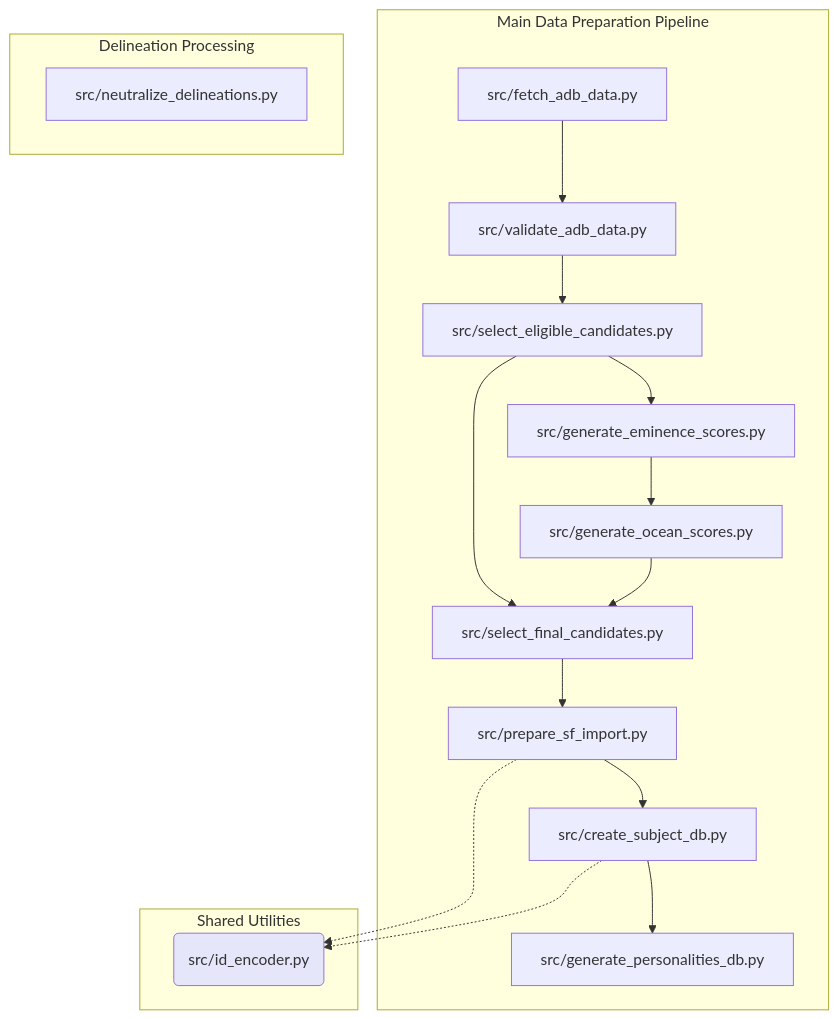
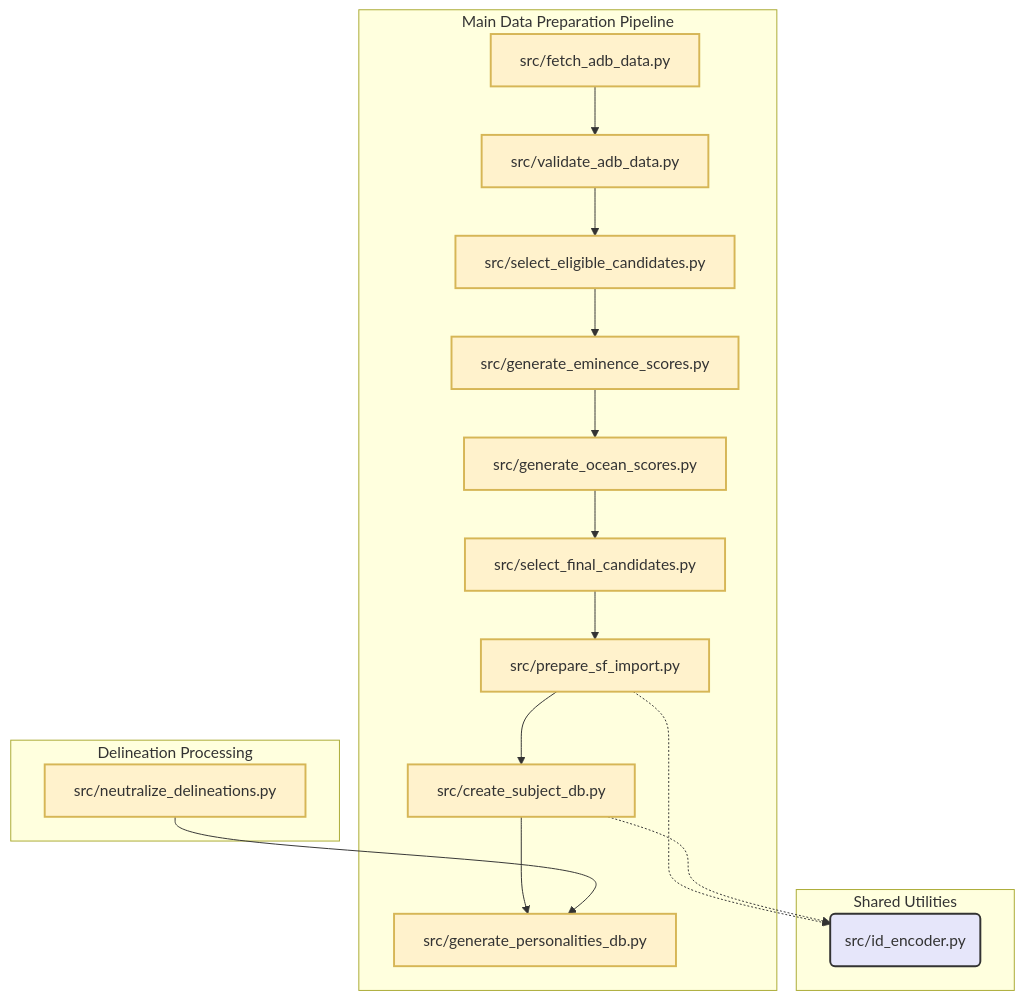
One commit to peterjmarko/llm-narrative-framework changed the diagram in docs/diagrams/arch_prep_codebase.mmd. Above: the diagram before and after it, drawn with Mermaid. The commit also changed 19 other files, not shown here.

```diff
--- a/docs/diagrams/arch_prep_codebase.mmd
+++ b/docs/diagrams/arch_prep_codebase.mmd
@@ -1,24 +1,30 @@
 graph TD
+    classDef scriptStyle fill:#fff2cc,stroke:#d6b656,stroke-width:2px
+    classDef utilStyle fill:#e6e6fa,stroke:#333,stroke-width:2px
     subgraph Main Data Preparation Pipeline
         A[src/fetch_adb_data.py] --> B[src/validate_adb_data.py]
         B --> C[src/select_eligible_candidates.py]
         C --> D[src/generate_eminence_scores.py]
         D --> E[src/generate_ocean_scores.py]
         E --> F[src/select_final_candidates.py]
-        C --> F
         F --> G[src/prepare_sf_import.py]
         G --> H[src/create_subject_db.py]
         H --> I[src/generate_personalities_db.py]
     end
     
     subgraph Delineation Processing
         J[src/neutralize_delineations.py]
     end
 
+    J --> I
+
     subgraph Shared Utilities
         K(src/id_encoder.py)
-        style K fill:#e6e6fa
     end
 
     G -.-> K
     H -.-> K
+
+    %% Apply Styles
+    class A,B,C,D,E,F,G,H,I,J scriptStyle
+    class K utilStyle
```
